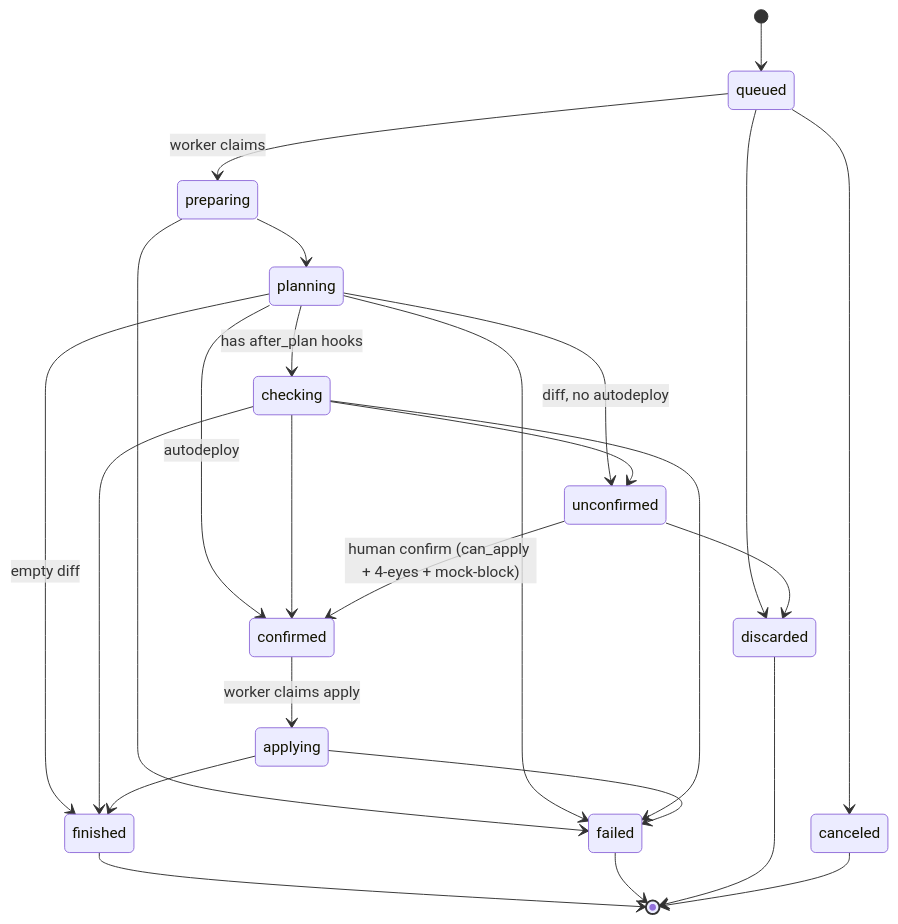
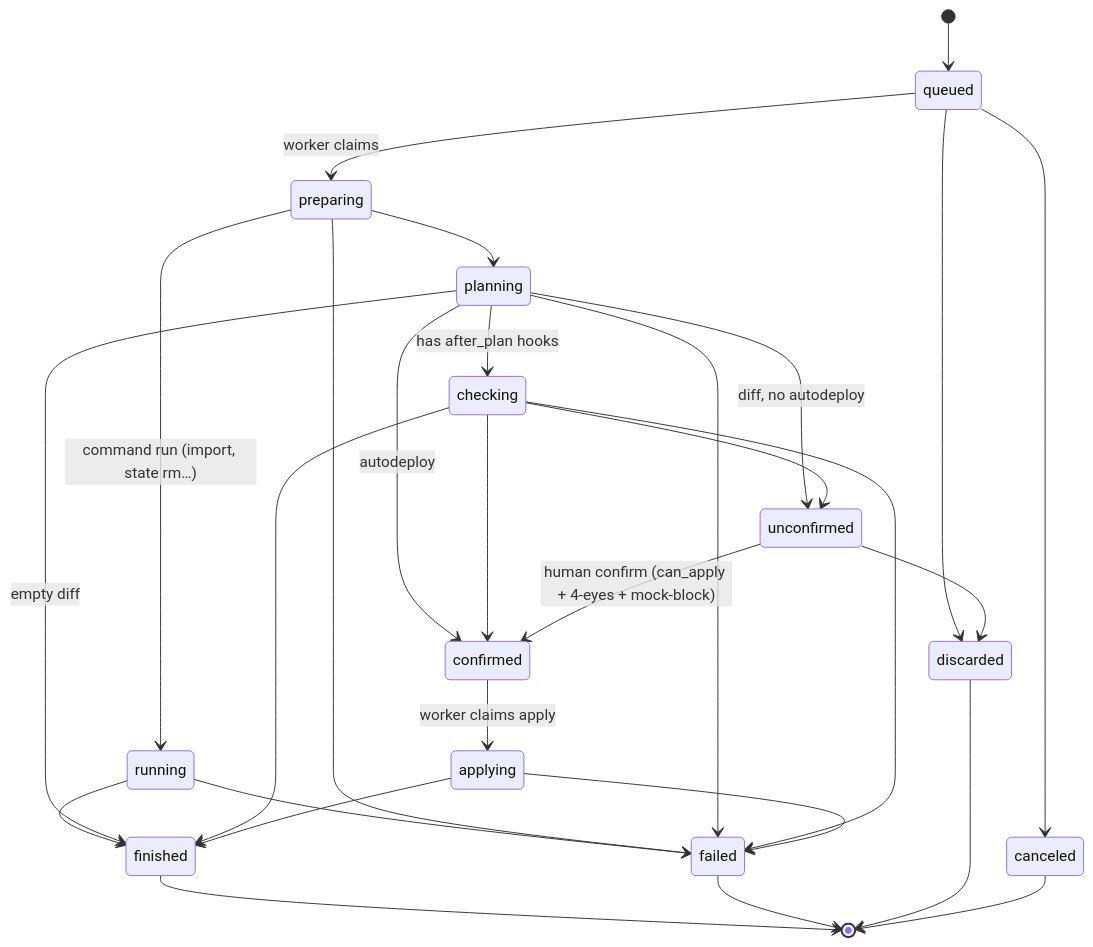
One commit to fmiquel90/stackd changed the fourth of 7 diagrams in README.md. Above: the diagram before and after it, drawn with Mermaid. The commit also changed other lines of this file and 19 other files, not shown here.

First line of the commit message:
feat: ad-hoc command runs (import, state surgery, taint…)

````diff
--- a/README.md
+++ b/README.md
@@ -159,27 +160,30 @@
 ```mermaid
 stateDiagram-v2
     [*] --> queued
     queued --> preparing: worker claims
     queued --> canceled
     queued --> discarded
     preparing --> planning
+    preparing --> running: command run (import, state rm…)
+    running --> finished
+    running --> failed
     preparing --> failed
     planning --> checking: has after_plan hooks
     planning --> unconfirmed: diff, no autodeploy
     planning --> confirmed: autodeploy
     planning --> finished: empty diff
     checking --> unconfirmed
     checking --> confirmed
     checking --> finished
     unconfirmed --> confirmed: human confirm (can_apply + 4-eyes + mock-block)
     unconfirmed --> discarded
     confirmed --> applying: worker claims apply
     applying --> finished
     planning --> failed
     checking --> failed
     applying --> failed
     finished --> [*]
     failed --> [*]
     discarded --> [*]
     canceled --> [*]
 ```
````
